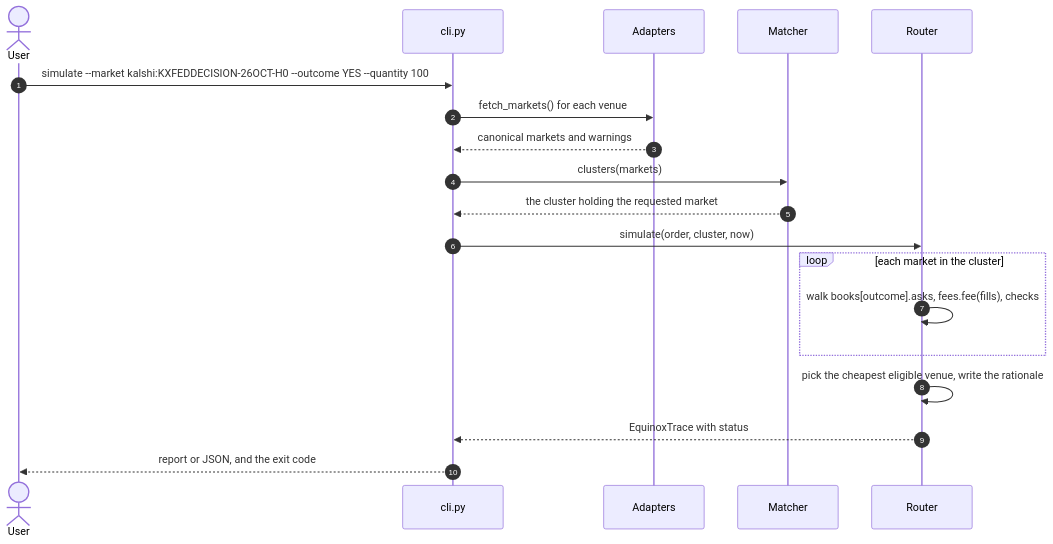
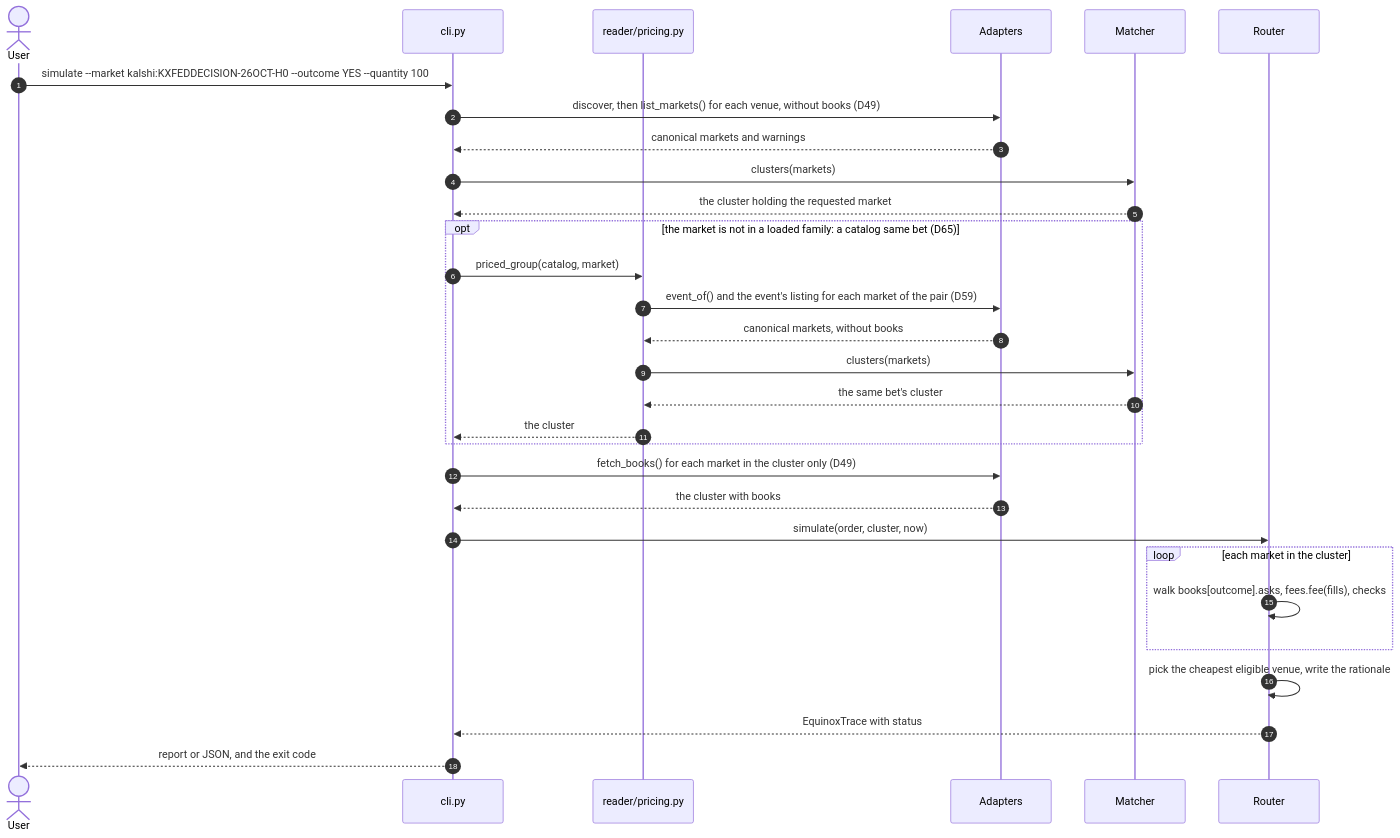
Before and after one commit to joshuatagoe/project-equinox: the third of 3 diagrams in docs/architecture.md, drawn with Mermaid. The commit also changed other lines of this file and 19 other files, not shown here.

````diff
--- a/docs/architecture.md
+++ b/docs/architecture.md
@@ -435,21 +464,32 @@
 ```mermaid
 sequenceDiagram
     autonumber
     actor U as User
     participant C as cli.py
+    participant P as reader/pricing.py
     participant A as Adapters
     participant M as Matcher
     participant R as Router
     U->>C: simulate --market kalshi:KXFEDDECISION-26OCT-H0 --outcome YES --quantity 100
-    C->>A: fetch_markets() for each venue
+    C->>A: discover, then list_markets() for each venue, without books (D49)
     A-->>C: canonical markets and warnings
     C->>M: clusters(markets)
     M-->>C: the cluster holding the requested market
+    opt the market is not in a loaded family: a catalog same bet (D65)
+        C->>P: priced_group(catalog, market)
+        P->>A: event_of() and the event's listing for each market of the pair (D59)
+        A-->>P: canonical markets, without books
+        P->>M: clusters(markets)
+        M-->>P: the same bet's cluster
+        P-->>C: the cluster
+    end
+    C->>A: fetch_books() for each market in the cluster only (D49)
+    A-->>C: the cluster with books
     C->>R: simulate(order, cluster, now)
     loop each market in the cluster
         R->>R: walk books[outcome].asks, fees.fee(fills), checks
     end
     R->>R: pick the cheapest eligible venue, write the rationale
     R-->>C: EquinoxTrace with status
     C-->>U: report or JSON, and the exit code
 ```
````
